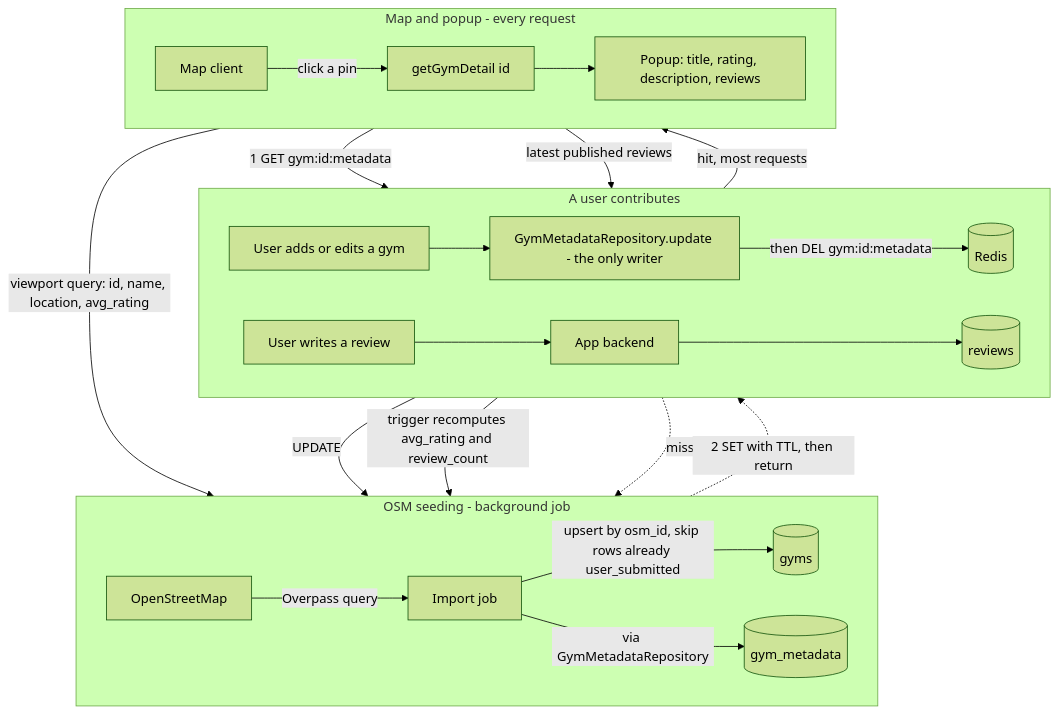
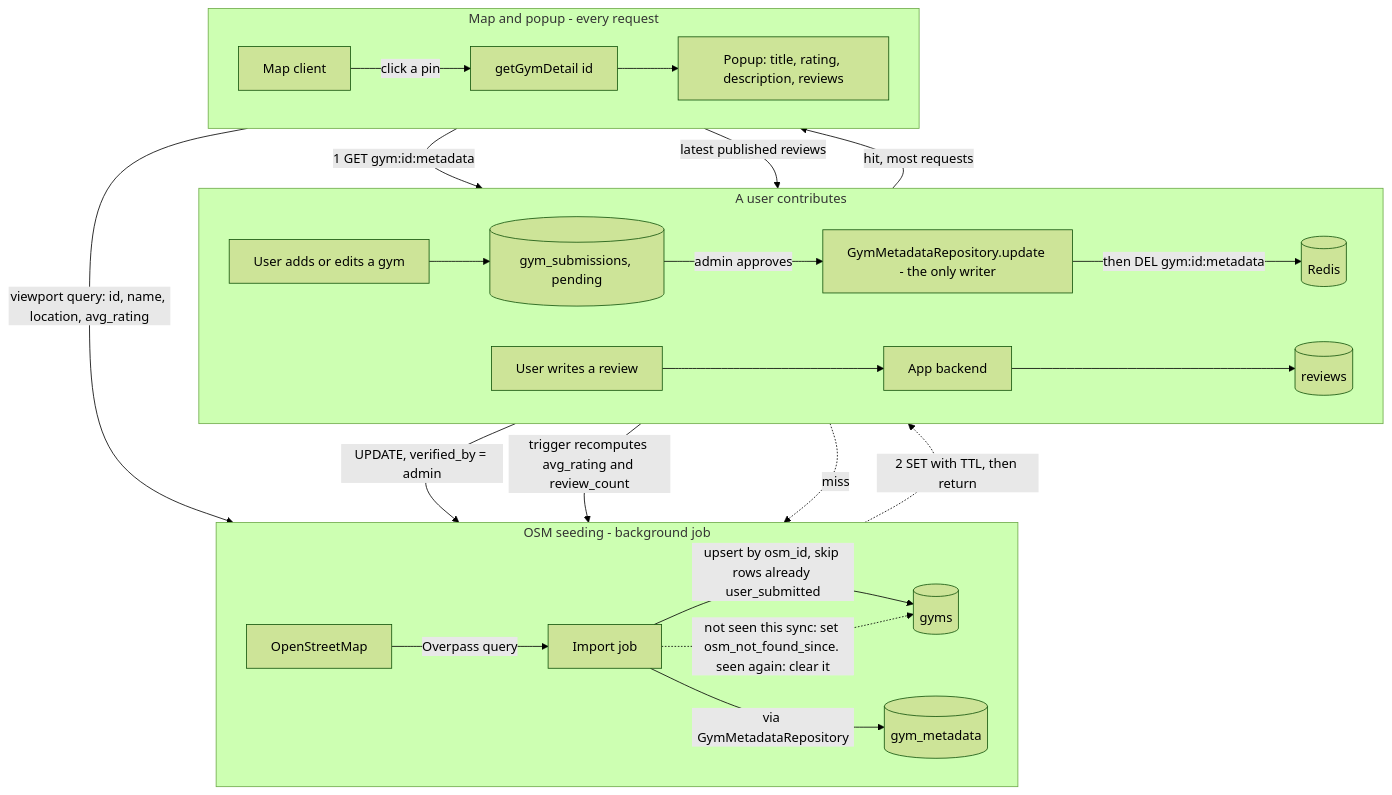
One commit to AbsentLung/TravelApp changed the third of 3 diagrams in Plan.md. Above: the diagram before and after it, drawn with Mermaid (forest theme). The commit also changed other lines of this file, not shown here.

````diff
--- a/Plan.md
+++ b/Plan.md
@@ -419,31 +463,33 @@
 ```mermaid
 flowchart TB
     subgraph Seed["OSM seeding - background job"]
         direction LR
         OSM["OpenStreetMap"] -->|Overpass query| ImportJob["Import job"]
         ImportJob -->|upsert by osm_id, skip rows already user_submitted| Gyms[("gyms")]
         ImportJob -->|via GymMetadataRepository| Meta[("gym_metadata")]
+        ImportJob -.->|not seen this sync: set osm_not_found_since. seen again: clear it| Gyms
     end
 
     subgraph Contribute["A user contributes"]
         direction LR
-        AddUser["User adds or edits a gym"] --> Repo["GymMetadataRepository.update - the only writer"]
-        Repo -->|UPDATE| Meta
+        AddUser["User adds or edits a gym"] --> Submissions[("gym_submissions, pending")]
+        Submissions -->|admin approves| Repo["GymMetadataRepository.update - the only writer"]
+        Repo -->|"UPDATE, verified_by = admin"| Meta
         Repo -->|then DEL gym:id:metadata| Redis[("Redis")]
         ReviewUser["User writes a review"] --> Backend2["App backend"]
         Backend2 --> Reviews[("reviews")]
         Reviews -->|trigger recomputes avg_rating and review_count| Gyms
     end
 
     subgraph MapRead["Map and popup - every request"]
         direction LR
         Client["Map client"] -->|viewport query: id, name, location, avg_rating| Gyms
         Client -->|click a pin| DetailFn["getGymDetail id"]
         DetailFn -->|1 GET gym:id:metadata| Redis
         Redis -->|hit, most requests| Popup["Popup: title, rating, description, reviews"]
         Redis -.->|miss| Meta
         Meta -.->|2 SET with TTL, then return| Redis
         DetailFn -->|latest published reviews| Reviews
         DetailFn --> Popup
     end
 ```
````
